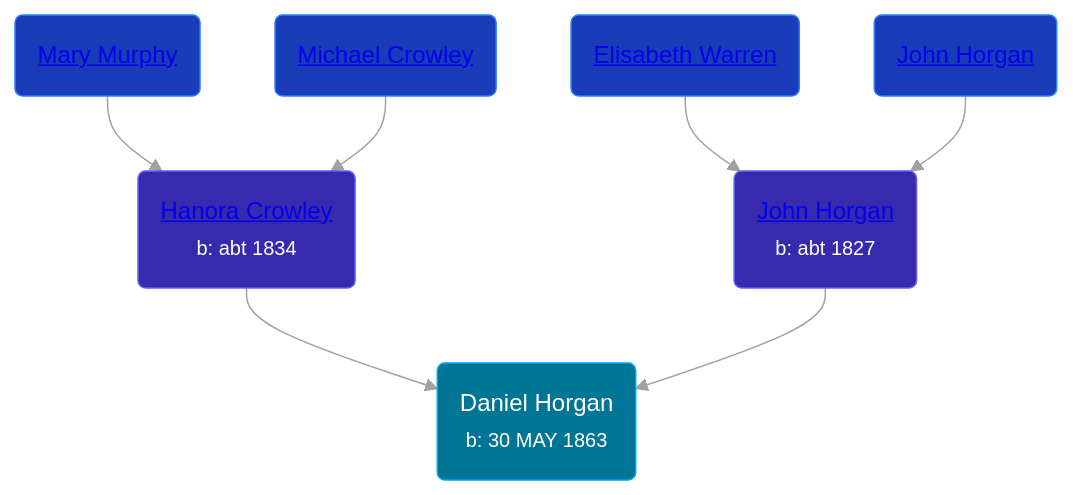
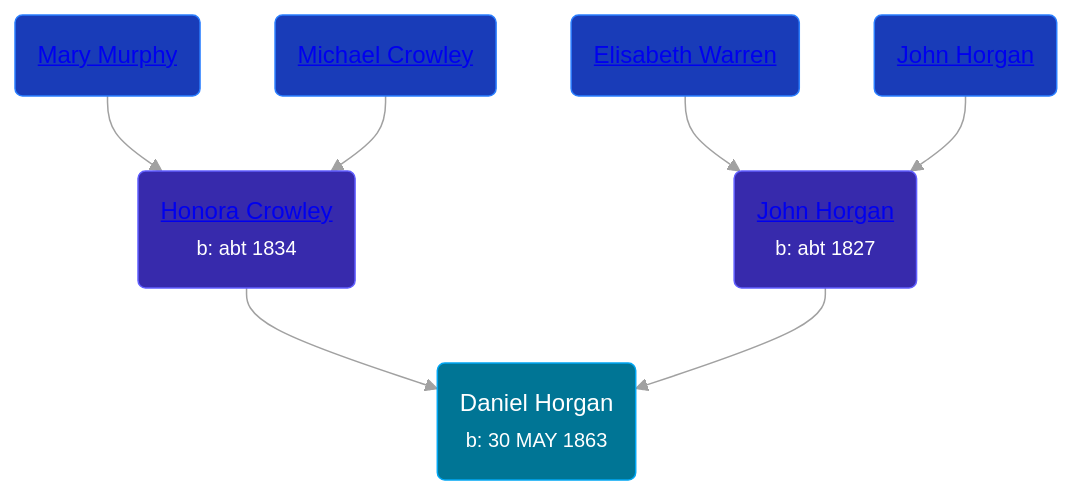
One commit to wpmgotkh/wpmgotkh.github.io changed the diagram in pages/people/1/15488992.md. Above: the diagram before and after it, drawn with Mermaid. The commit also changed other lines of this file and 257 other files, not shown here.

````diff
--- a/pages/people/1/15488992.md
+++ b/pages/people/1/15488992.md
@@ -11,14 +11,14 @@
 ```mermaid
 graph
 classDef grands fill:#193cb8,stroke:#2b7fff,stroke-width:1px,color:#fff;
 classDef parents fill:#372aac,stroke:#615fff,stroke-width:1px,color:#fff;
 classDef primary fill:#007595,stroke:#00a6f4,stroke-width:1px,color:#fff;
 15488992(Daniel Horgan<br /><small>b: 30 MAY 1863</small>):::primary
-72193795(<a class="text-white" href="/people/7/72193795">Hanora Crowley</a><br /><small>b: abt 1834</small>):::parents-->15488992
+72193795(<a class="text-white" href="/people/7/72193795">Honora Crowley</a><br /><small>b: abt 1834</small>):::parents-->15488992
 62618528(<a class="text-white" href="/people/6/62618528">Mary Murphy</a>):::grands-->72193795
 58336236(<a class="text-white" href="/people/5/58336236">Michael Crowley</a>):::grands-->72193795
 54161773(<a class="text-white" href="/people/5/54161773">John Horgan</a><br /><small>b: abt 1827</small>):::parents-->15488992
 68775768(<a class="text-white" href="/people/6/68775768">Elisabeth Warren</a>):::grands-->54161773
 42410084(<a class="text-white" href="/people/4/42410084">John Horgan</a>):::grands-->54161773
 linkStyle default stroke:#a1a1a1
 ```
````
